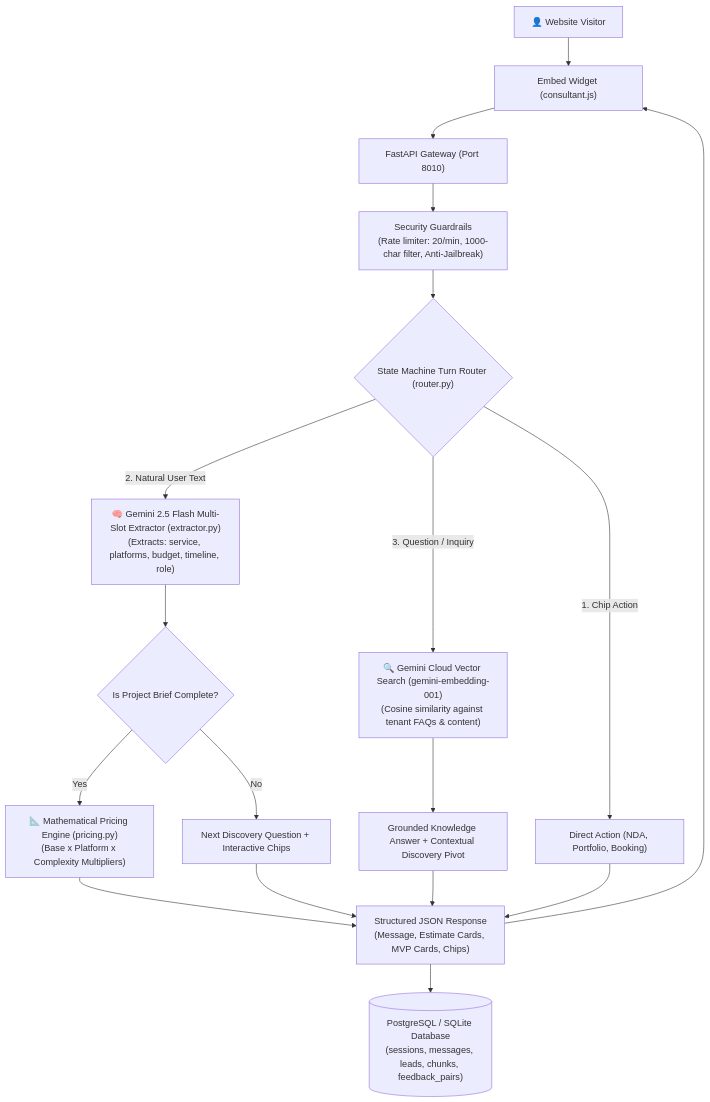
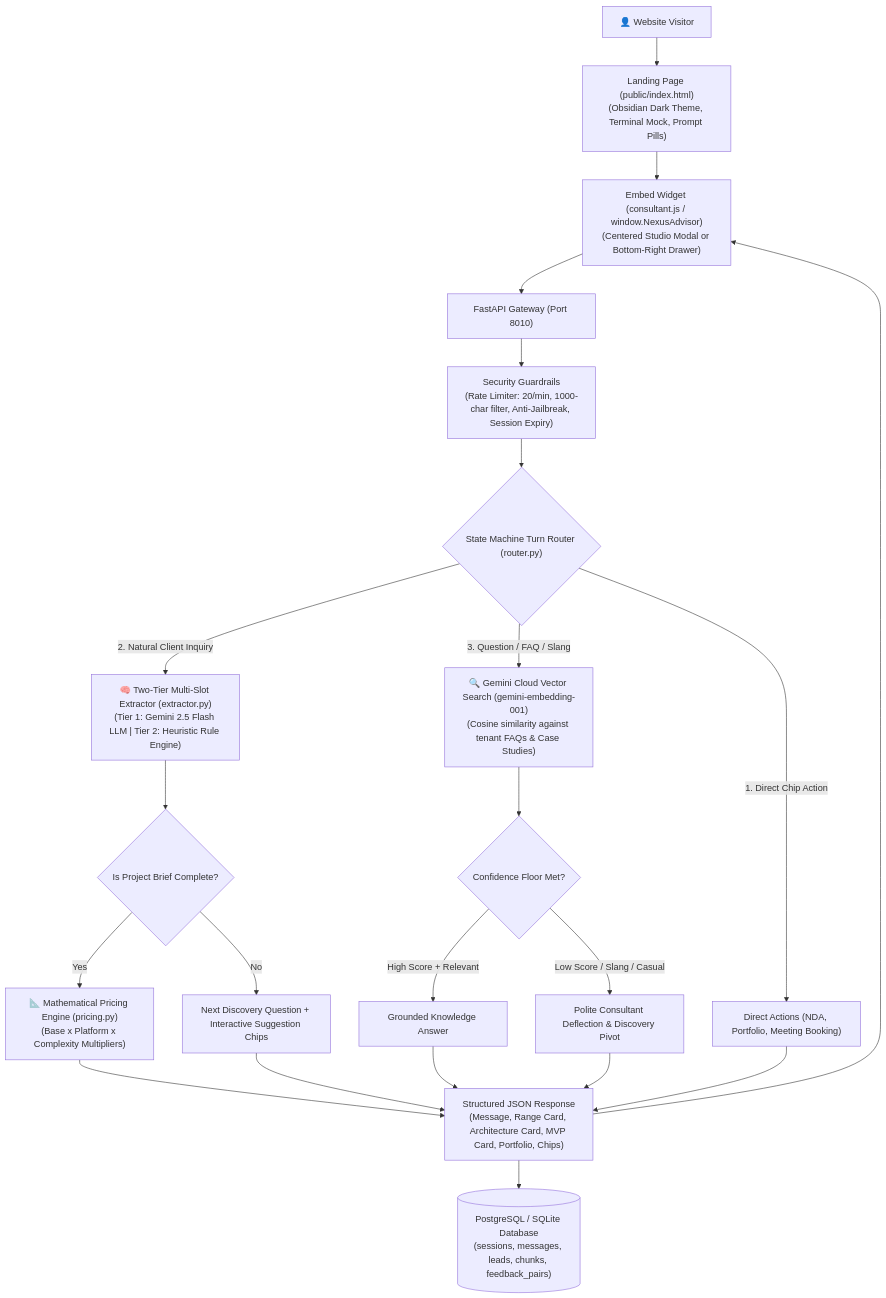
The diagram in pre-sales-bot/README.md (Kapil690789/nexus-presales-bot_sales), drawn with Mermaid before and after one commit. The commit also changed other lines of this file and 18 other files, not shown here.

````diff
--- a/pre-sales-bot/README.md
+++ b/pre-sales-bot/README.md
@@ -28,26 +33,30 @@
 ```mermaid
 flowchart TD
-    User["👤 Website Visitor"] --> Widget["Embed Widget (consultant.js)"]
+    User["👤 Website Visitor"] --> LandingPage["Landing Page (public/index.html)\n(Obsidian Dark Theme, Terminal Mock, Prompt Pills)"]
+    LandingPage --> Widget["Embed Widget (consultant.js / window.NexusAdvisor)\n(Centered Studio Modal or Bottom-Right Drawer)"]
     Widget --> API["FastAPI Gateway (Port 8010)"]
     
-    API --> Security["Security Guardrails\n(Rate limiter: 20/min, 1000-char filter, Anti-Jailbreak)"]
+    API --> Security["Security Guardrails\n(Rate Limiter: 20/min, 1000-char filter, Anti-Jailbreak, Session Expiry)"]
     Security --> Router{"State Machine Turn Router (router.py)"}
     
-    Router -->|1. Chip Action| DirectAction["Direct Action (NDA, Portfolio, Booking)"]
-    Router -->|2. Natural User Text| Extractor["🧠 Gemini 2.5 Flash Multi-Slot Extractor (extractor.py)\n(Extracts: service, platforms, budget, timeline, role)"]
+    Router -->|1. Direct Chip Action| DirectAction["Direct Actions (NDA, Portfolio, Meeting Booking)"]
+    Router -->|2. Natural Client Inquiry| Extractor["🧠 Two-Tier Multi-Slot Extractor (extractor.py)\n(Tier 1: Gemini 2.5 Flash LLM | Tier 2: Heuristic Rule Engine)"]
     
     Extractor --> BriefState{"Is Project Brief Complete?"}
     BriefState -->|Yes| PricingEngine["📐 Mathematical Pricing Engine (pricing.py)\n(Base x Platform x Complexity Multipliers)"]
-    BriefState -->|No| NextPrompt["Next Discovery Question + Interactive Chips"]
+    BriefState -->|No| NextPrompt["Next Discovery Question + Interactive Suggestion Chips"]
     
-    Router -->|3. Question / Inquiry| SemanticRAG["🔍 Gemini Cloud Vector Search (gemini-embedding-001)\n(Cosine similarity against tenant FAQs & content)"]
-    SemanticRAG --> GroundedAnswer["Grounded Knowledge Answer + Contextual Discovery Pivot"]
+    Router -->|3. Question / FAQ / Slang| SemanticRAG["🔍 Gemini Cloud Vector Search (gemini-embedding-001)\n(Cosine similarity against tenant FAQs & Case Studies)"]
+    SemanticRAG --> SafeClassifier{"Confidence Floor Met?"}
+    SafeClassifier -->|High Score + Relevant| GroundedAnswer["Grounded Knowledge Answer"]
+    SafeClassifier -->|Low Score / Slang / Casual| FallbackMsg["Polite Consultant Deflection & Discovery Pivot"]
     
-    PricingEngine --> Response["Structured JSON Response\n(Message, Estimate Cards, MVP Cards, Chips)"]
+    PricingEngine --> Response["Structured JSON Response\n(Message, Range Card, Architecture Card, MVP Card, Portfolio, Chips)"]
     NextPrompt --> Response
     GroundedAnswer --> Response
+    FallbackMsg --> Response
     DirectAction --> Response
     
     Response --> DB[("PostgreSQL / SQLite Database\n(sessions, messages, leads, chunks, feedback_pairs)")]
     Response --> Widget
 ```
````
